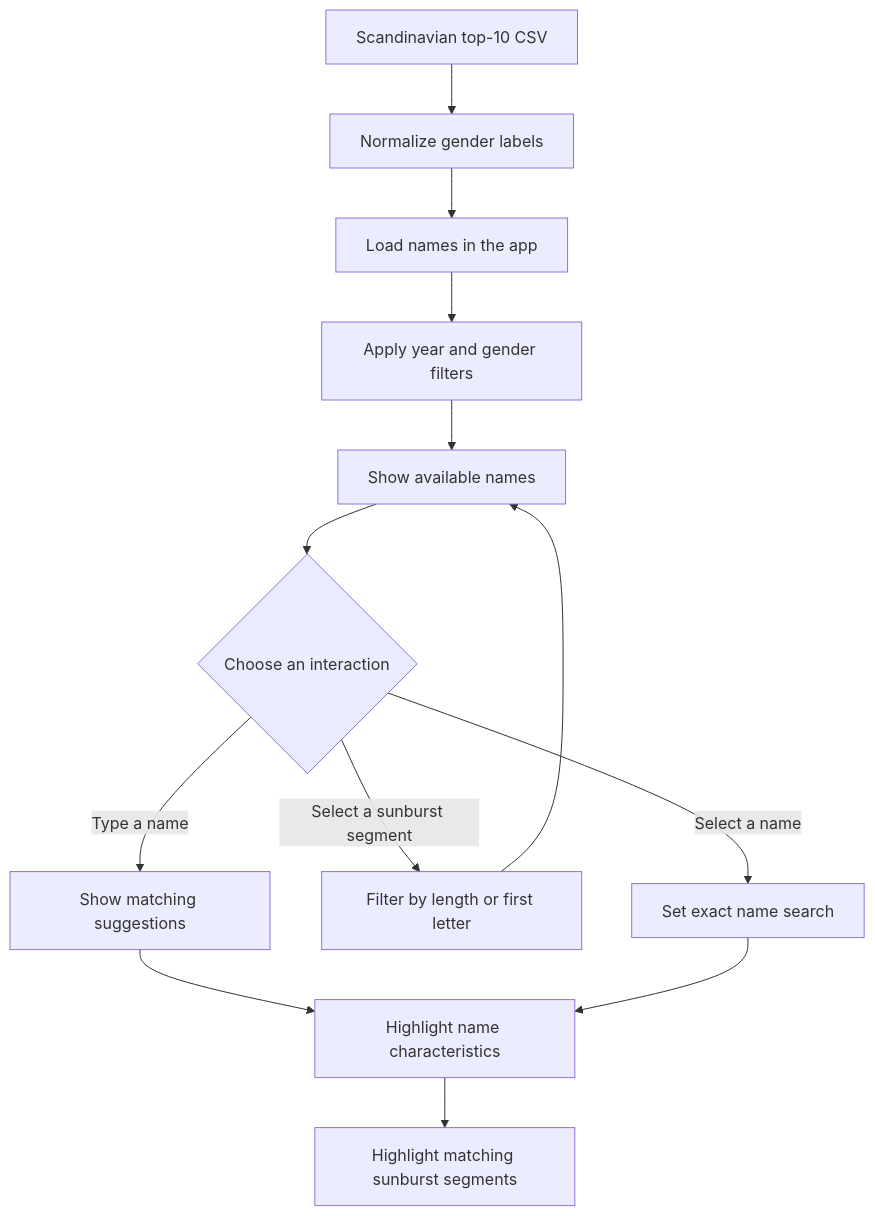
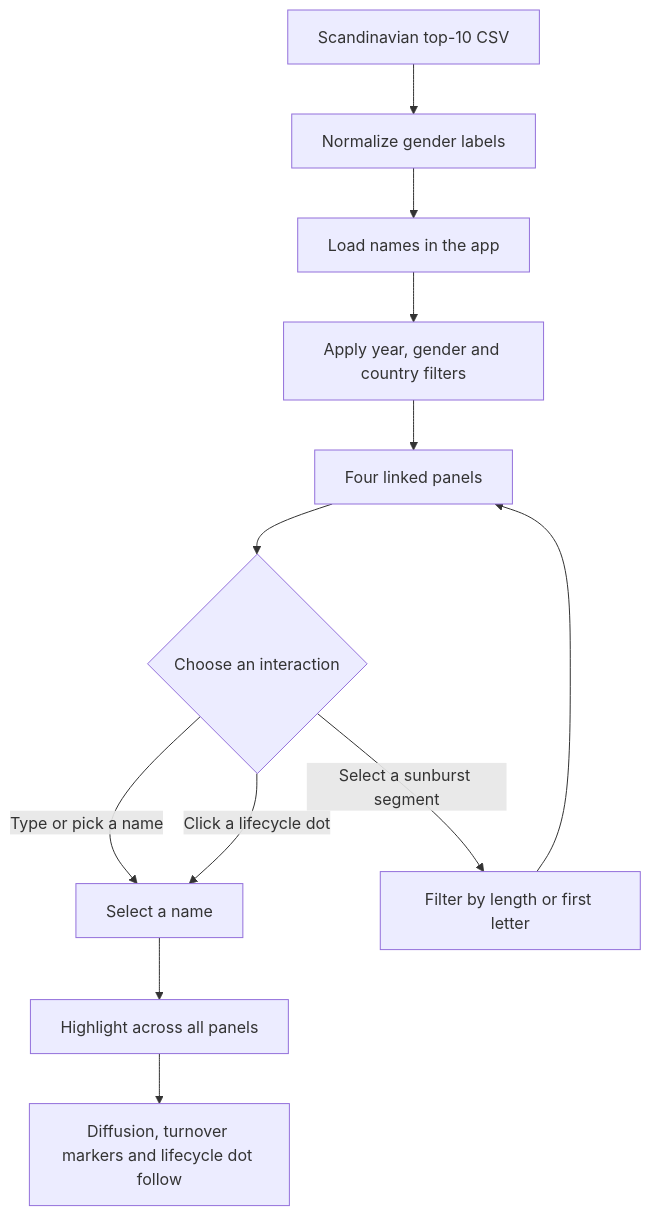
Before and after one commit to Eliashaa/InfoVis-project: the diagram in README.md, drawn with Mermaid. The commit also changed other lines of this file and 8 other files, not shown here.

First line of the commit message:
Build out the dashboard: turnover, diffusion and lifecycle panels

````diff
--- a/README.md
+++ b/README.md
@@ -52,15 +86,14 @@
 ```mermaid
 flowchart TD
 	A[Scandinavian top-10 CSV] --> B[Normalize gender labels]
 	B --> C[Load names in the app]
-	C --> D[Apply year and gender filters]
-	D --> E[Show available names]
+	C --> D[Apply year, gender and country filters]
+	D --> E[Four linked panels]
 	E --> F{Choose an interaction}
-	F -->|Type a name| G[Show matching suggestions]
+	F -->|Type or pick a name| G[Select a name]
 	F -->|Select a sunburst segment| H[Filter by length or first letter]
-	F -->|Select a name| I[Set exact name search]
-	G --> J[Highlight name characteristics]
+	F -->|Click a lifecycle dot| G
 	H --> E
-	I --> J
-	J --> K[Highlight matching sunburst segments]
+	G --> I[Highlight across all panels]
+	I --> J[Diffusion, turnover markers and lifecycle dot follow]
 ```
````
